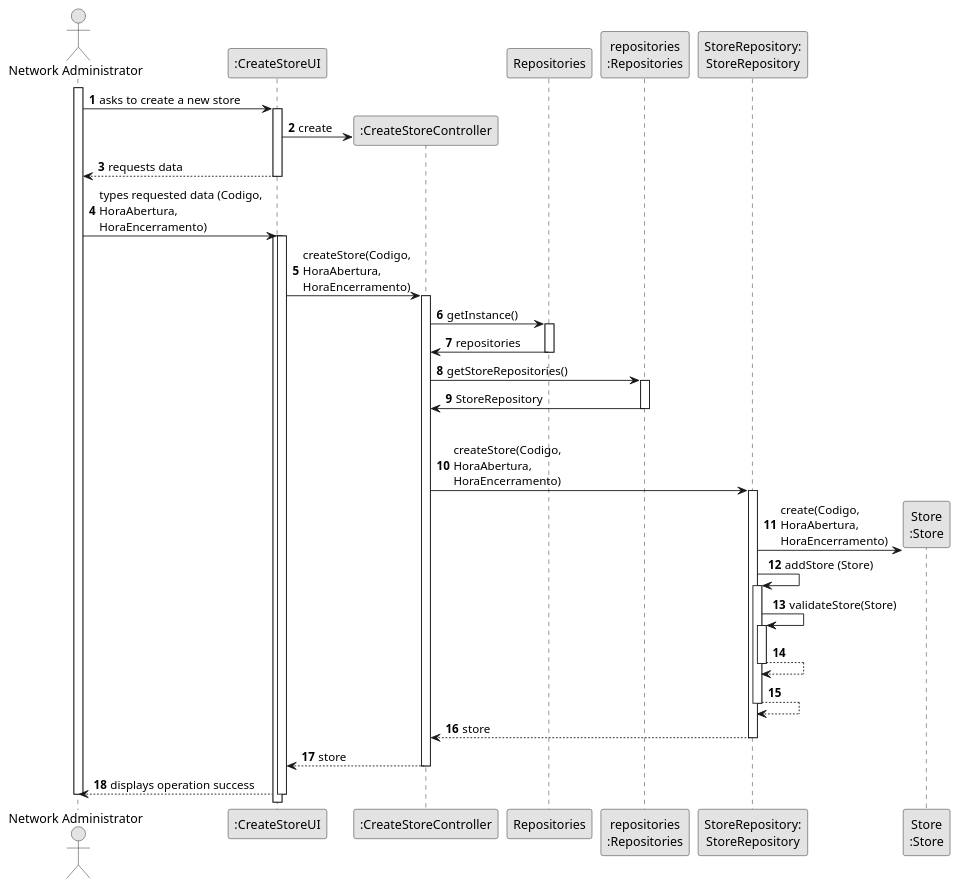
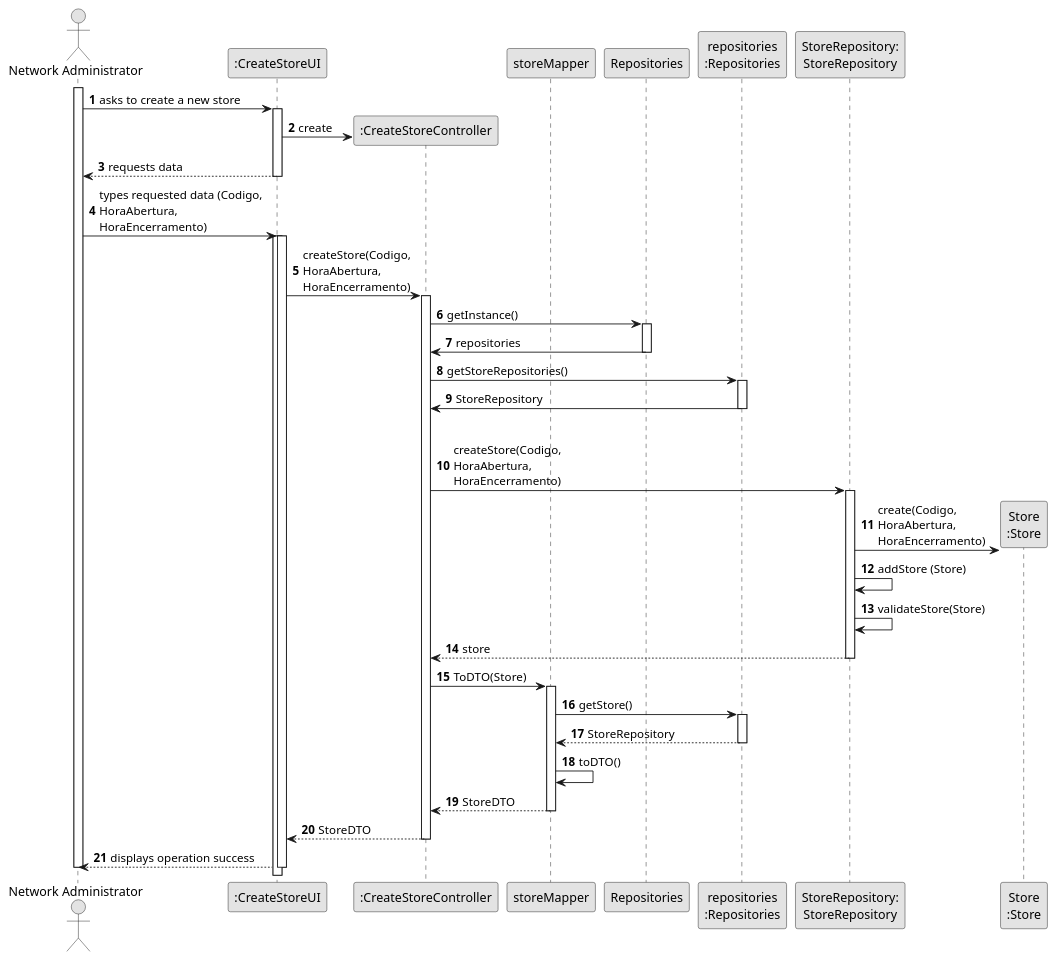
One commit to FabioTorresSilva/Java_dotNet changed the diagram in PDS - Principios de Desenvolvimento de Software/PDS-Project_/docs/dream-house/global-artifacts/US010/03.design/puml/US010-SD-full.puml. Above: the diagram before and after it, drawn with PlantUML. The commit also changed 67 other files, not shown here.

```diff
--- a/PDS - Principios de Desenvolvimento de Software/PDS-Project_/docs/dream-house/global-artifacts/US010/03.design/puml/US010-SD-full.puml
+++ b/PDS - Principios de Desenvolvimento de Software/PDS-Project_/docs/dream-house/global-artifacts/US010/03.design/puml/US010-SD-full.puml
@@ -1,84 +1,103 @@
-                                                          @startuml
+@startuml
 skinparam monochrome true
 skinparam packageStyle rectangle
 skinparam shadowing false
 
 autonumber
 
 'hide footbox
 actor "Network Administrator" as ADM
 participant ":CreateStoreUI" as UI
 participant ":CreateStoreController" as CTRL
+participant "storeMapper"
 participant "Repositories" as RepositorySingleton
 participant "repositories\n:Repositories" as PLAT
 participant "StoreRepository:\nStoreRepository" as storeRepository
 participant "Store\n:Store" as store
 
 activate ADM
 
         ADM -> UI : asks to create a new store
 
         activate UI
 
 '            UI --> ADM : requests data (reference, description,  informal \n description, technical description, duration, cost)
             'create CTRL
             UI -> CTRL** : create
 
 
 
         UI --> ADM : requests data
     deactivate UI
 
     ADM -> UI : types requested data (Codigo,\nHoraAbertura,\nHoraEncerramento)
     activate UI
 
 
     activate UI
 
         UI -> CTRL : createStore(Codigo,\nHoraAbertura,\nHoraEncerramento)
         activate CTRL
 
 
         CTRL -> RepositorySingleton : getInstance()
         activate RepositorySingleton
 
         RepositorySingleton -> CTRL : repositories
         deactivate RepositorySingleton
 
 
 
         CTRL -> PLAT : getStoreRepositories()
         activate PLAT
 
         PLAT -> CTRL : StoreRepository
         deactivate PLAT
 
+
+
+
+
+
+
+
             |||
             CTRL -> storeRepository: createStore(Codigo,\nHoraAbertura,\nHoraEncerramento)
             activate storeRepository
 
                 storeRepository -> store**: create(Codigo,\nHoraAbertura,\nHoraEncerramento)
                 storeRepository -> storeRepository: addStore (Store)
 
+                storeRepository -> storeRepository: validateStore(Store)
 
-                activate storeRepository
-                    storeRepository -> storeRepository: validateStore(Store)
-                    activate storeRepository
-                        storeRepository --> storeRepository
-                    deactivate storeRepository
-
-                    storeRepository --> storeRepository
-                deactivate storeRepository
 
                 storeRepository --> CTRL : store
 
             deactivate storeRepository
 
-            CTRL --> UI: store
+            CTRL -> storeMapper : ToDTO(Store)
+
+            activate storeMapper
+
+                storeMapper -> PLAT : getStore()
+
+                activate PLAT
+
+                    PLAT --> storeMapper : StoreRepository
+
+                deactivate PLAT
+
+                storeMapper -> storeMapper : toDTO()
+
+                storeMapper --> CTRL : StoreDTO
+
+            deactivate storeMapper
+
+            CTRL --> UI: StoreDTO
             deactivate CTRL
             UI --> ADM: displays operation success
     deactivate UI
 
 deactivate ADM
 
 @enduml
```
